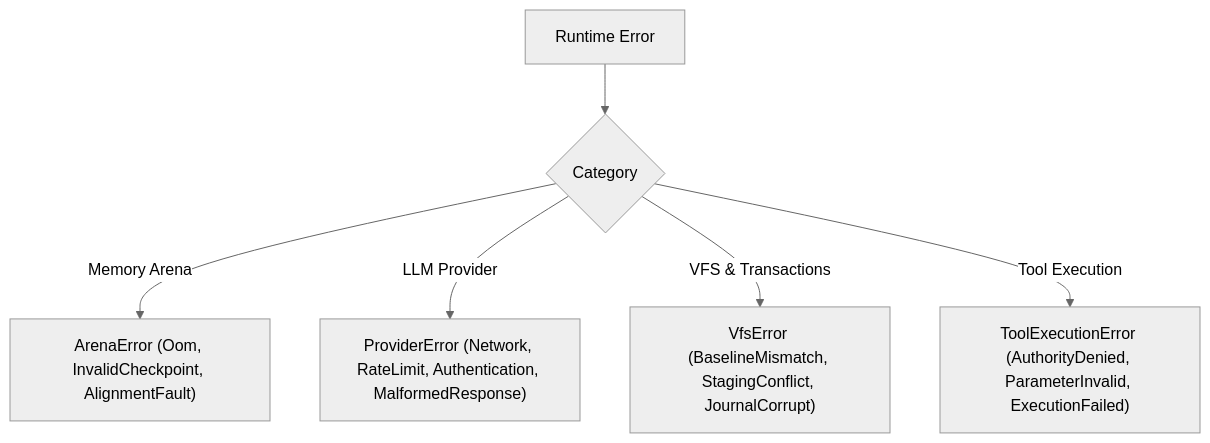
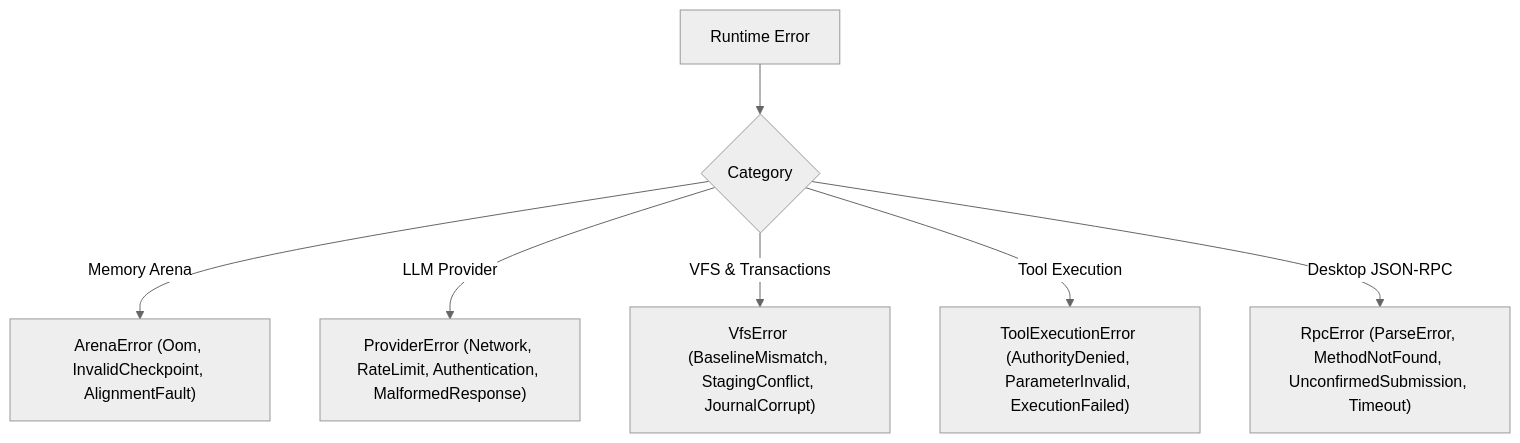
Before and after one commit to CardSorting/HEAV3NS-MICRO: the diagram in docs/api/errors.md, drawn with Mermaid (neutral theme). The commit also changed other lines of this file and 13 other files, not shown here.

````diff
--- a/docs/api/errors.md
+++ b/docs/api/errors.md
@@ -19,8 +20,9 @@
 ```mermaid
 flowchart TD
   ERROR["Runtime Error"] --> SUB{"Category"}
   SUB -->|"Memory Arena"| ARENA["ArenaError (Oom, InvalidCheckpoint, AlignmentFault)"]
   SUB -->|"LLM Provider"| PROV["ProviderError (Network, RateLimit, Authentication, MalformedResponse)"]
   SUB -->|"VFS & Transactions"| VFS["VfsError (BaselineMismatch, StagingConflict, JournalCorrupt)"]
   SUB -->|"Tool Execution"| TOOL["ToolExecutionError (AuthorityDenied, ParameterInvalid, ExecutionFailed)"]
+  SUB -->|"Desktop JSON-RPC"| RPC["RpcError (ParseError, MethodNotFound, UnconfirmedSubmission, Timeout)"]
 ```
````
